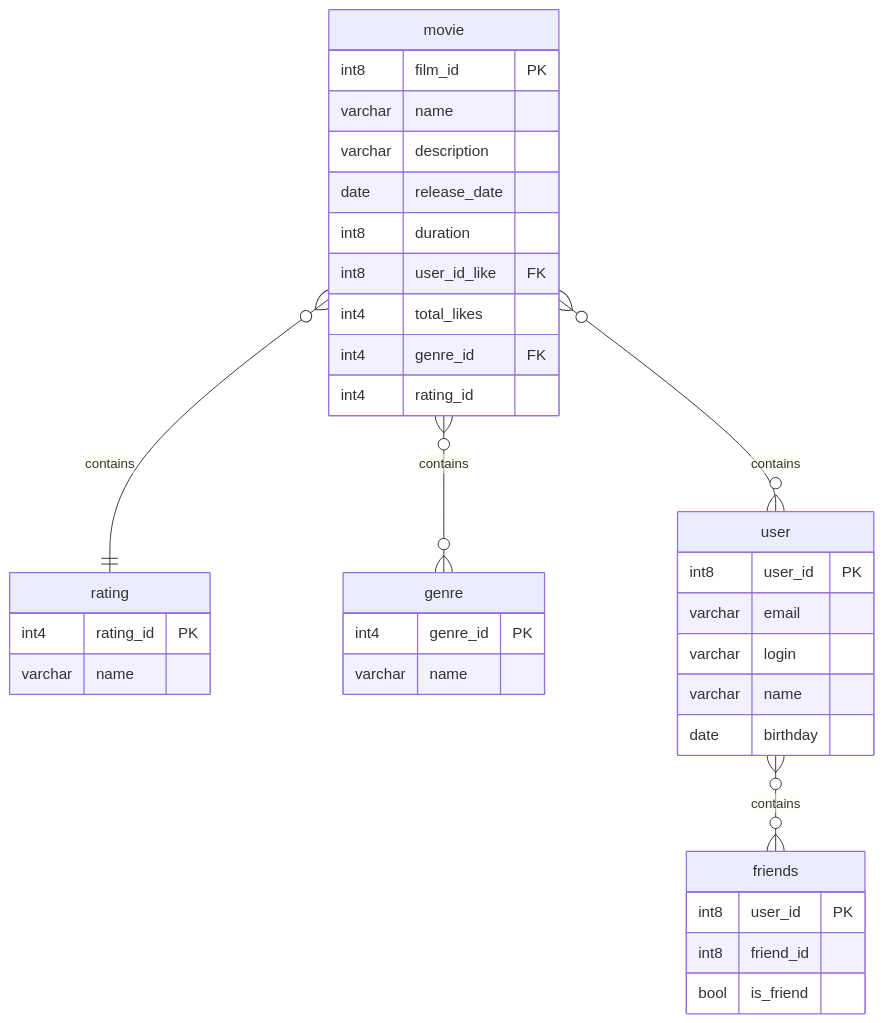
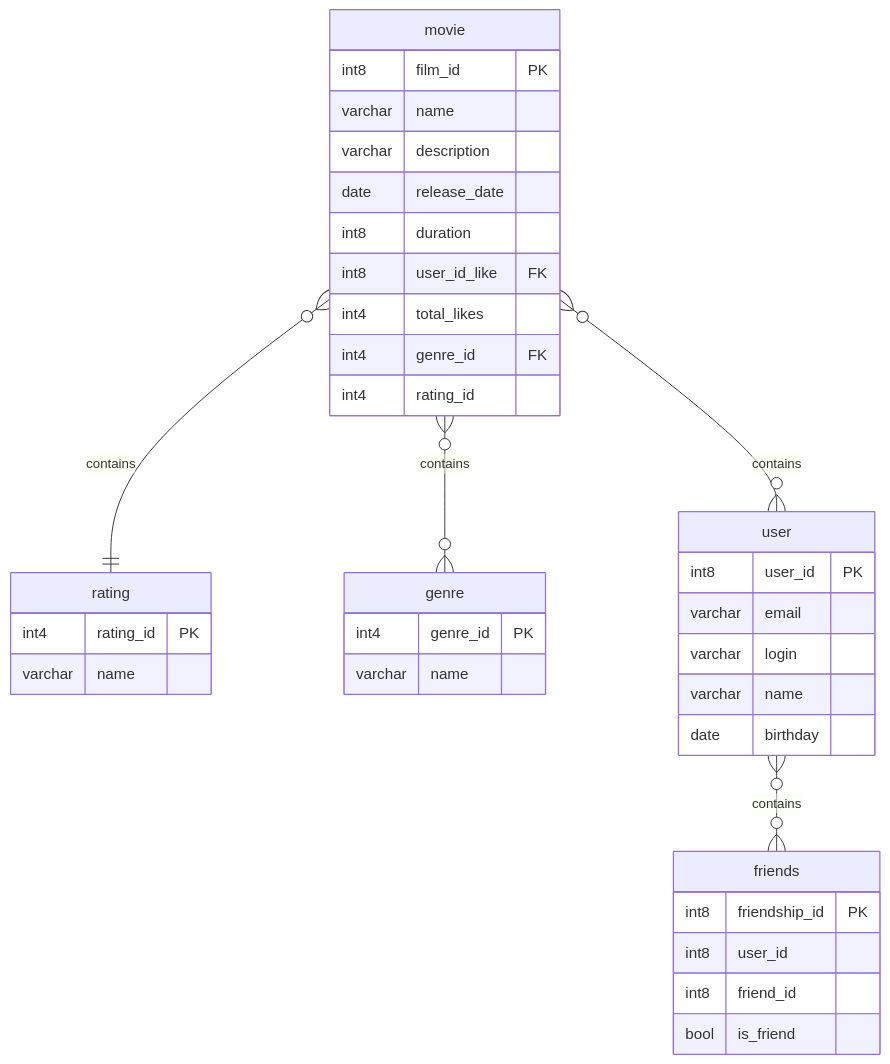
Before and after one commit to MikeKotal/java-filmorate: the diagram in README.md, drawn with Mermaid.

Commit message:
fixed ER-diagram #4

````diff
--- a/README.md
+++ b/README.md
@@ -20,43 +20,44 @@
 ```mermaid
 erDiagram
     movie {
         int8 film_id PK
         varchar name
         varchar description
         date release_date
         int8 duration
         int8 user_id_like FK
         int4 total_likes
         int4 genre_id FK
         int4 rating_id
     }
     
     rating {
         int4 rating_id PK
         varchar name
     }
     
     genre {
         int4 genre_id PK
         varchar name
     }
     user {
         int8 user_id PK
         varchar email
         varchar login
         varchar name
         date birthday
     }
     
     friends {
-        int8 user_id PK
+        int8 friendship_id PK
+        int8 user_id
         int8 friend_id
         bool is_friend
     }
     
     movie }o--o{ genre : contains
     movie }o--o{ user : contains
     movie }o--|| rating : contains
     user }o--o{ friends : contains
     
 ```
````
